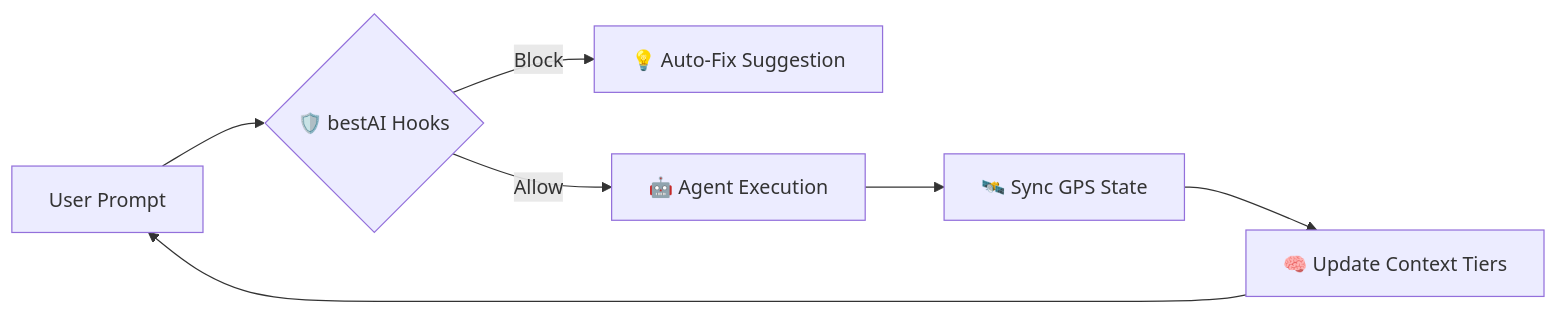
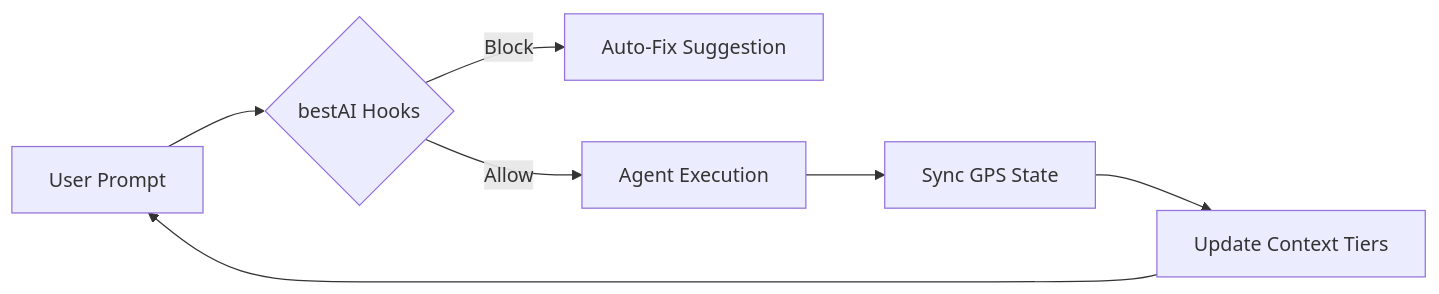
One commit to radekzm/bestAI changed the diagram in README.md. Above: the diagram before and after it, drawn with Mermaid. The commit also changed other lines of this file and 24 other files, not shown here.

````diff
--- a/README.md
+++ b/README.md
@@ -42,9 +54,9 @@
 ```mermaid
 graph LR
-    User[User Prompt] --> Hook{🛡️ bestAI Hooks}
-    Hook -- Block --> Fix[💡 Auto-Fix Suggestion]
-    Hook -- Allow --> Exec[🤖 Agent Execution]
-    Exec --> GPS[🛰️ Sync GPS State]
-    GPS --> Context[🧠 Update Context Tiers]
+    User[User Prompt] --> Hook{bestAI Hooks}
+    Hook -- Block --> Fix[Auto-Fix Suggestion]
+    Hook -- Allow --> Exec[Agent Execution]
+    Exec --> GPS[Sync GPS State]
+    GPS --> Context[Update Context Tiers]
     Context --> User
 ```
````
